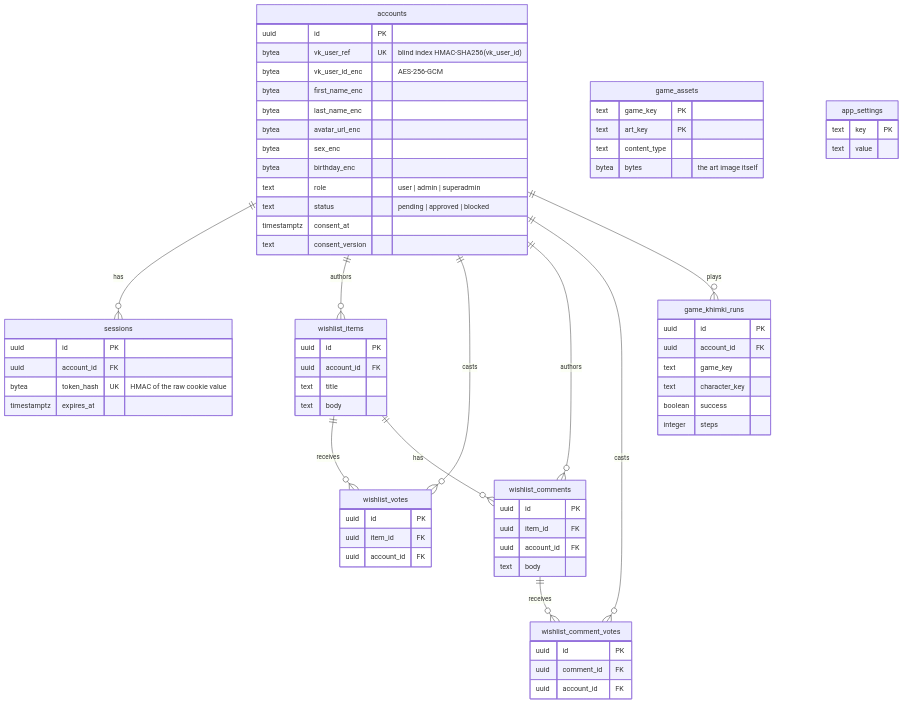
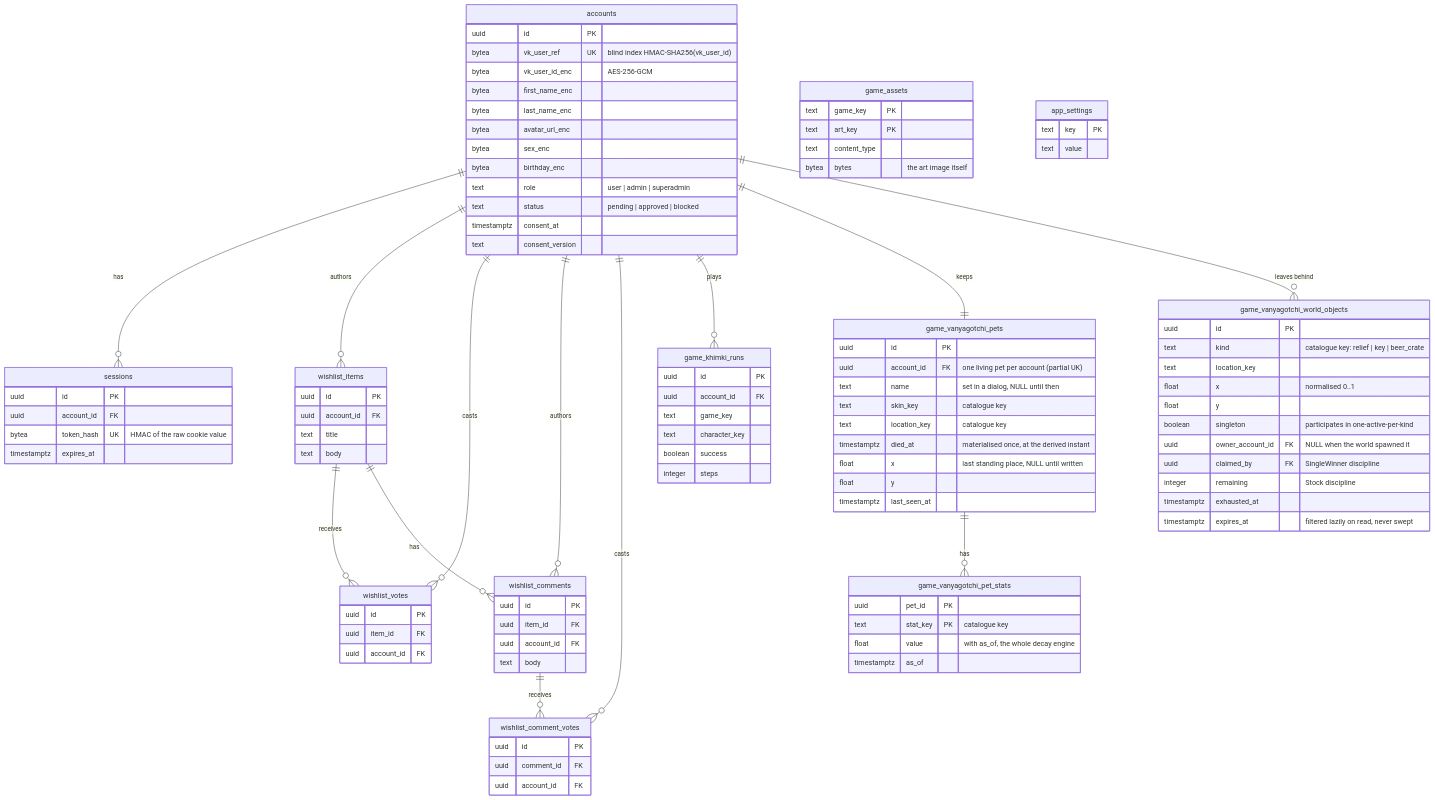
Before and after one commit to SergeyZSpb/psycho-space: the ninth of 9 diagrams in docs/ARCHITECTURE.md, drawn with Mermaid. The commit also changed other lines of this file and 26 other files, not shown here.

```diff
--- a/docs/ARCHITECTURE.md
+++ b/docs/ARCHITECTURE.md
@@ -247,6 +281,9 @@
     accounts ||--o{ wishlist_comments : "authors"
     accounts ||--o{ wishlist_comment_votes : "casts"
     accounts ||--o{ game_khimki_runs : "plays"
+    accounts ||--|| game_vanyagotchi_pets : "keeps"
+    accounts ||--o{ game_vanyagotchi_world_objects : "leaves behind"
+    game_vanyagotchi_pets ||--o{ game_vanyagotchi_pet_stats : "has"
     wishlist_items ||--o{ wishlist_votes : "receives"
     wishlist_items ||--o{ wishlist_comments : "has"
     wishlist_comments ||--o{ wishlist_comment_votes : "receives"
@@ -301,6 +338,36 @@
         boolean success
         integer steps
     }
+    game_vanyagotchi_pets {
+        uuid id PK
+        uuid account_id FK "one living pet per account (partial UK)"
+        text name "set in a dialog, NULL until then"
+        text skin_key "catalogue key"
+        text location_key "catalogue key"
+        timestamptz died_at "materialised once, at the derived instant"
+        float x "last standing place, NULL until written"
+        float y
+        timestamptz last_seen_at
+    }
+    game_vanyagotchi_pet_stats {
+        uuid pet_id PK
+        text stat_key PK "catalogue key"
+        float value "with as_of, the whole decay engine"
+        timestamptz as_of
+    }
+    game_vanyagotchi_world_objects {
+        uuid id PK
+        text kind "catalogue key: relief | key | beer_crate"
+        text location_key
+        float x "normalised 0..1"
+        float y
+        boolean singleton "participates in one-active-per-kind"
+        uuid owner_account_id FK "NULL when the world spawned it"
+        uuid claimed_by FK "SingleWinner discipline"
+        integer remaining "Stock discipline"
+        timestamptz exhausted_at
+        timestamptz expires_at "filtered lazily on read, never swept"
+    }
     game_assets {
         text game_key PK
         text art_key PK
```
